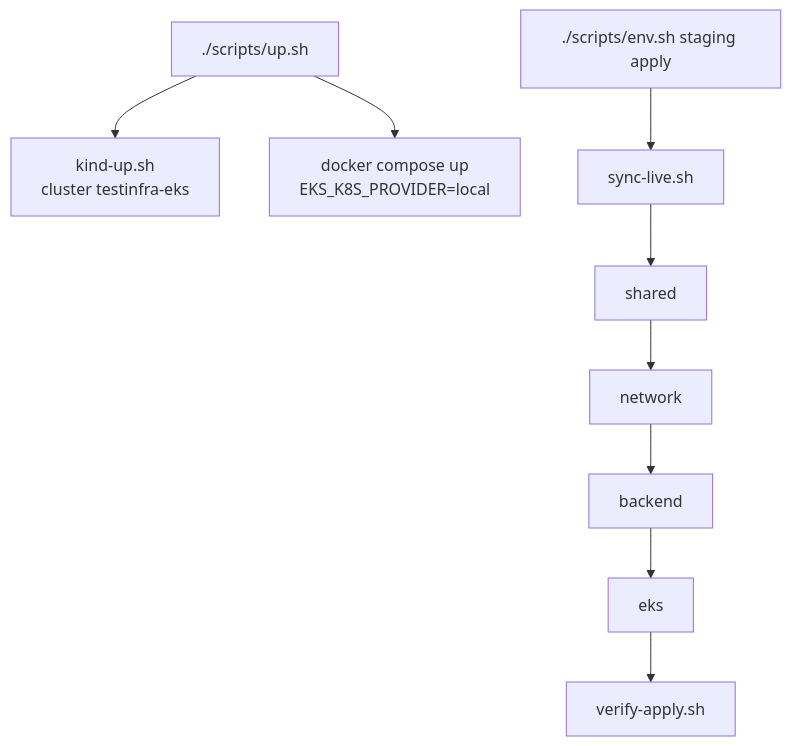
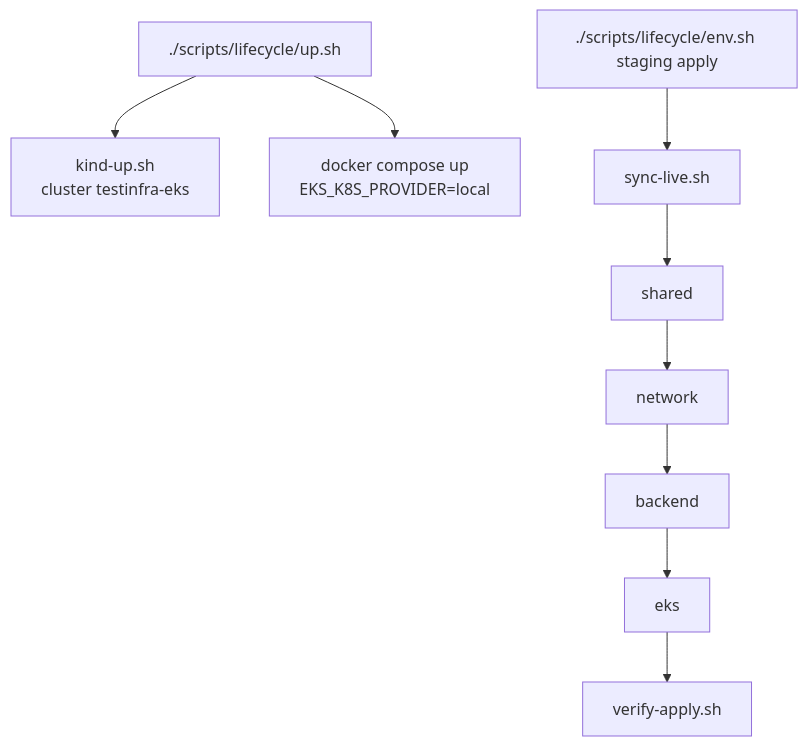
The diagram in docs/STEP_BY_STEP.md (akmalsyrf/test-localstack-infra), drawn with Mermaid before and after one commit. The commit also changed other lines of this file and 47 other files, not shown here.

````diff
--- a/docs/STEP_BY_STEP.md
+++ b/docs/STEP_BY_STEP.md
@@ -28,11 +28,11 @@
 ```mermaid
 flowchart TD
-  up[./scripts/up.sh] --> kind[kind-up.sh<br/>cluster testinfra-eks]
+  up[./scripts/lifecycle/up.sh] --> kind[kind-up.sh<br/>cluster testinfra-eks]
   up --> ls[docker compose up<br/>EKS_K8S_PROVIDER=local]
-  apply[./scripts/env.sh staging apply] --> sync[sync-live.sh]
+  apply[./scripts/lifecycle/env.sh staging apply] --> sync[sync-live.sh]
   sync --> s1[shared]
   s1 --> s2[network]
   s2 --> s3[backend]
   s3 --> s4[eks]
   s4 --> verify[verify-apply.sh]
 ```
````
